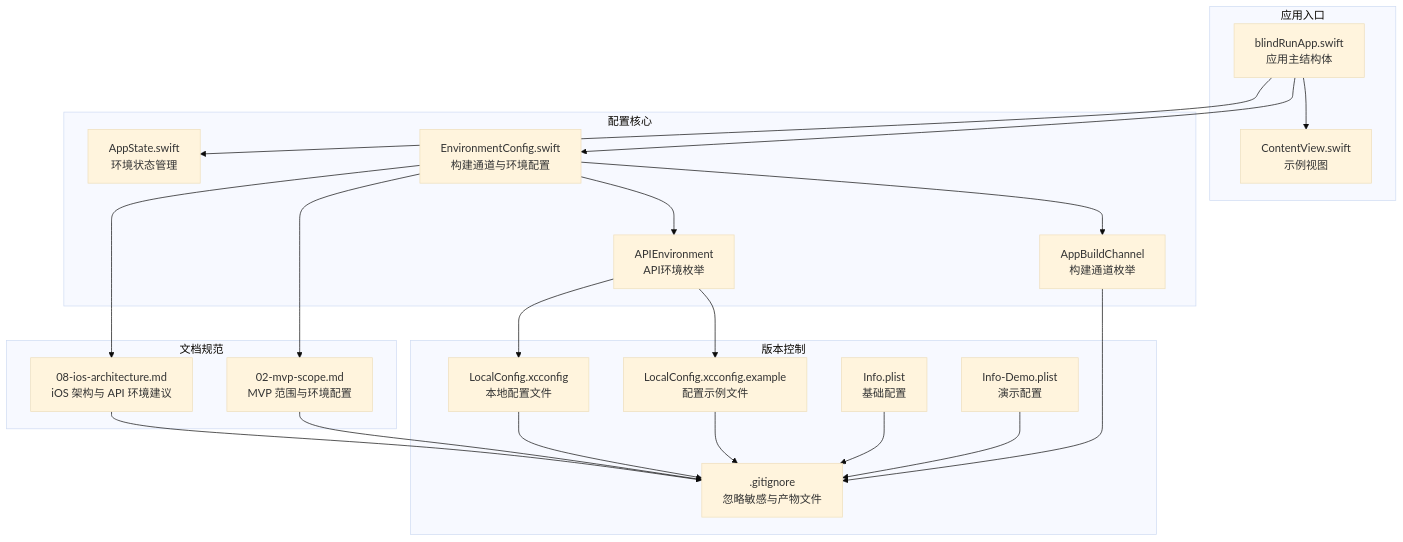
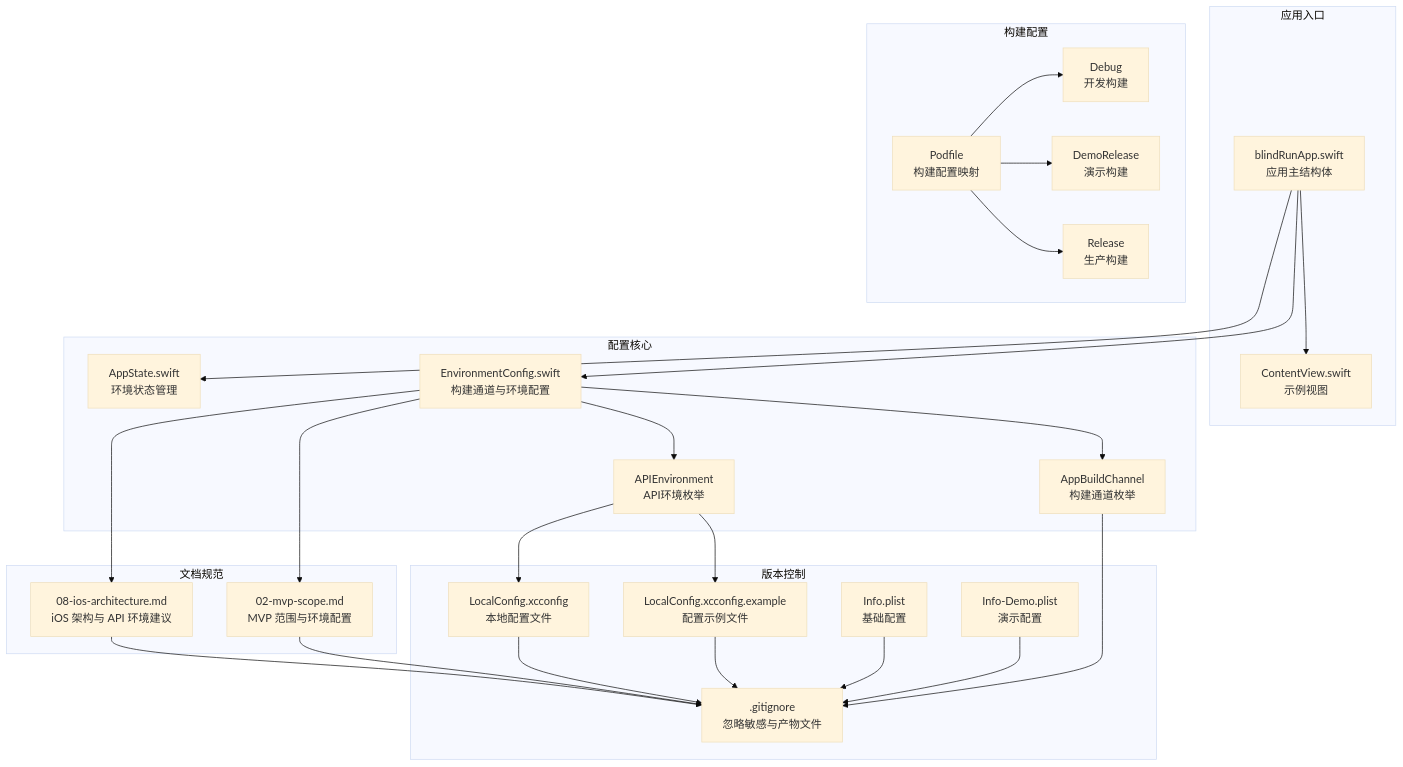
One commit to Jayden23018/blind-run-ios changed the first of 9 diagrams in .qoder/repowiki/zh/content/配置与部署/环境配置.md. Above: the diagram before and after it, drawn with Mermaid (base theme). The commit also changed other lines of this file and 11 other files, not shown here.

````diff
--- a/.qoder/repowiki/zh/content/配置与部署/环境配置.md
+++ b/.qoder/repowiki/zh/content/配置与部署/环境配置.md
@@ -45,40 +50,49 @@
 ```mermaid
 graph TB
 subgraph "应用入口"
 A["blindRunApp.swift<br/>应用主结构体"]
 B["ContentView.swift<br/>示例视图"]
 end
 subgraph "配置核心"
 C["EnvironmentConfig.swift<br/>构建通道与环境配置"]
 D["AppState.swift<br/>环境状态管理"]
 E["AppBuildChannel<br/>构建通道枚举"]
 F["APIEnvironment<br/>API环境枚举"]
 end
 subgraph "文档规范"
 G["02-mvp-scope.md<br/>MVP 范围与环境配置"]
 H["08-ios-architecture.md<br/>iOS 架构与 API 环境建议"]
 end
 subgraph "版本控制"
 I[".gitignore<br/>忽略敏感与产物文件"]
 J["LocalConfig.xcconfig.example<br/>配置示例文件"]
 K["LocalConfig.xcconfig<br/>本地配置文件"]
 L["Info.plist<br/>基础配置"]
 M["Info-Demo.plist<br/>演示配置"]
 end
+subgraph "构建配置"
+N["Podfile<br/>构建配置映射"]
+O["Debug<br/>开发构建"]
+P["DemoRelease<br/>演示构建"]
+Q["Release<br/>生产构建"]
+end
 A --> B
 A --> C
 A --> D
 C --> E
 C --> F
 C --> G
 C --> H
 E --> I
 F --> J
 F --> K
 G --> I
 H --> I
 J --> I
 K --> I
 L --> I
 M --> I
+N --> O
+N --> P
+N --> Q
 ```
````
